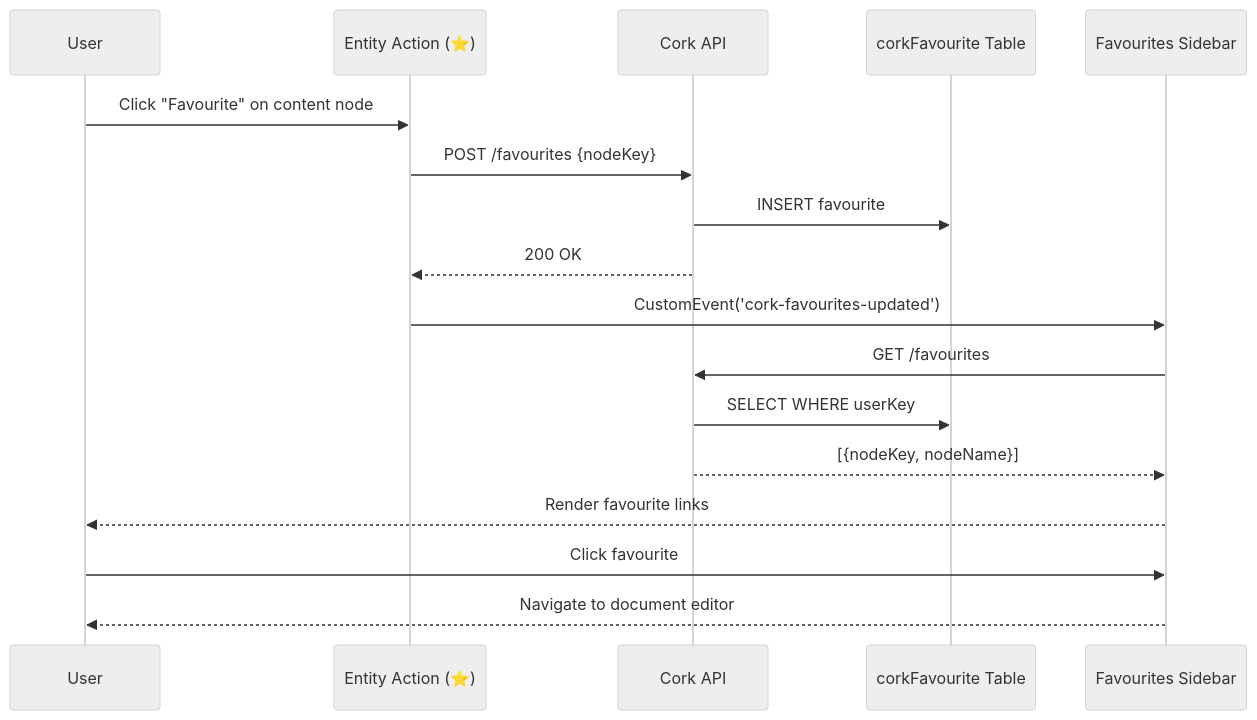
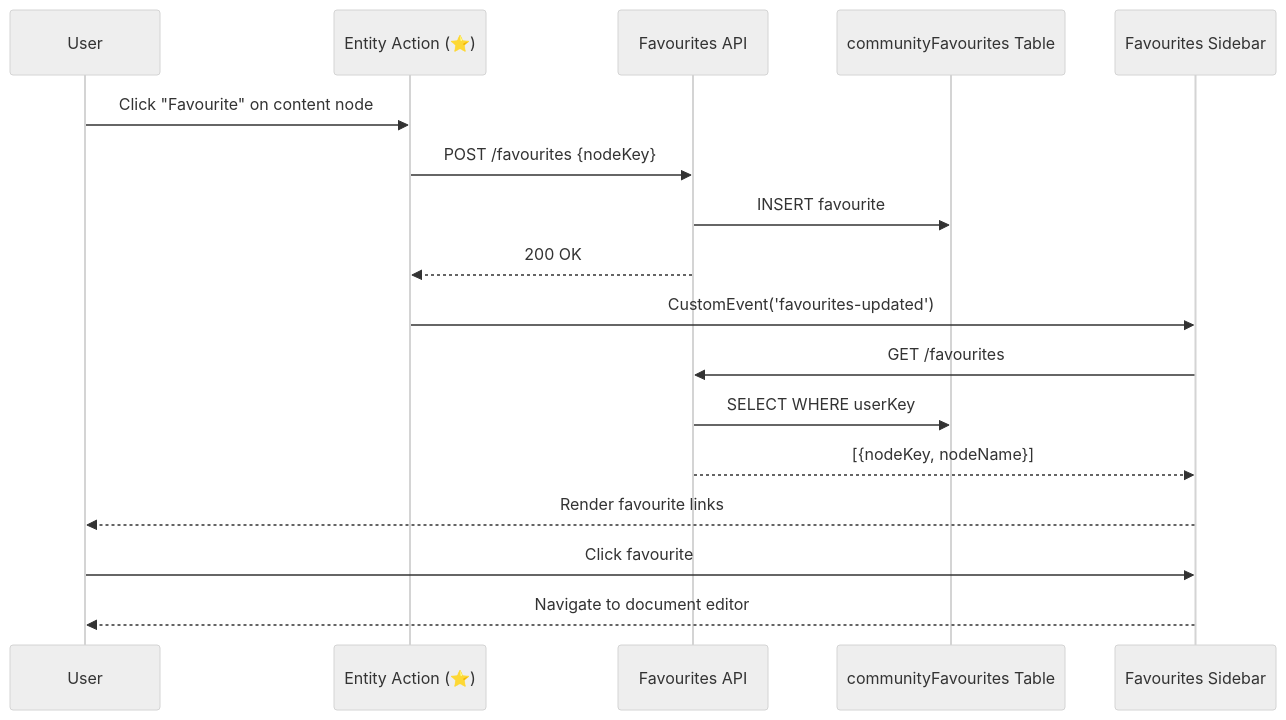
Before and after one commit to Gibe/Umbraco.Community.Favourites: the diagram in src/Diagram1.md, drawn with Mermaid (neutral theme).

Commit message:
Update sequence diagram for favourites functionality

````diff
--- a/src/Diagram1.md
+++ b/src/Diagram1.md
@@ -1,20 +1,20 @@
 ```mermaid
 sequenceDiagram
     participant User
     participant EA as Entity Action (⭐)
-    participant API as Cork API
-    participant DB as corkFavourite Table
+    participant API as Favourites API
+    participant DB as communityFavourites Table
     participant SB as Favourites Sidebar
 
     User->>EA: Click "Favourite" on content node
     EA->>API: POST /favourites {nodeKey}
     API->>DB: INSERT favourite
     API-->>EA: 200 OK
-    EA->>SB: CustomEvent('cork-favourites-updated')
+    EA->>SB: CustomEvent('favourites-updated')
     SB->>API: GET /favourites
     API->>DB: SELECT WHERE userKey
     API-->>SB: [{nodeKey, nodeName}]
     SB-->>User: Render favourite links
     User->>SB: Click favourite
     SB-->>User: Navigate to document editor
 ```
````
